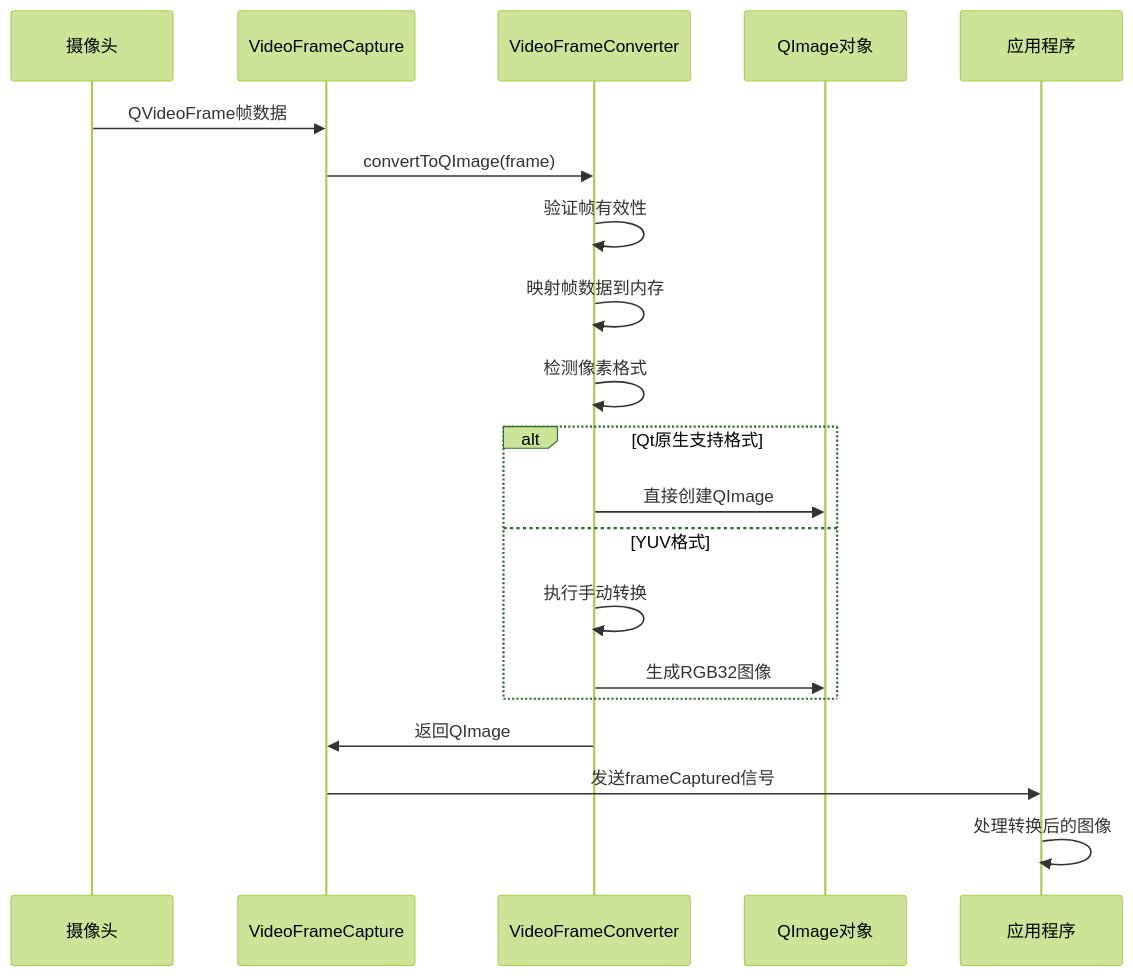
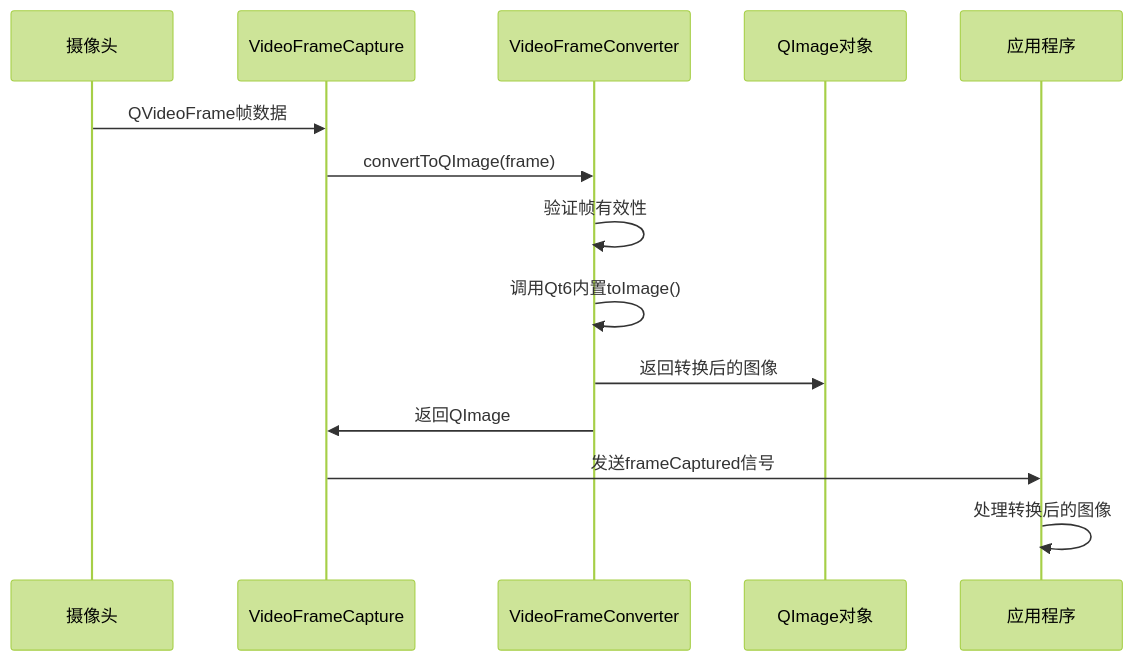
Before and after one commit to HeQiTZD/Triple-terminal-Attendance-Punching-System: the second of 8 diagrams in .qoder/repowiki/zh/content/核心模块/摄像头采集模块/帧格式转换.md, drawn with Mermaid (forest theme). The commit also changed other lines of this file and 127 other files, not shown here.

````diff
--- a/.qoder/repowiki/zh/content/核心模块/摄像头采集模块/帧格式转换.md
+++ b/.qoder/repowiki/zh/content/核心模块/摄像头采集模块/帧格式转换.md
@@ -97,22 +109,16 @@
 ```mermaid
 sequenceDiagram
 participant Camera as 摄像头
 participant Capture as VideoFrameCapture
 participant Converter as VideoFrameConverter
 participant QImage as QImage对象
 participant App as 应用程序
 Camera->>Capture : QVideoFrame帧数据
 Capture->>Converter : convertToQImage(frame)
 Converter->>Converter : 验证帧有效性
-Converter->>Converter : 映射帧数据到内存
-Converter->>Converter : 检测像素格式
-alt Qt原生支持格式
-Converter->>QImage : 直接创建QImage
-else YUV格式
-Converter->>Converter : 执行手动转换
-Converter->>QImage : 生成RGB32图像
-end
+Converter->>Converter : 调用Qt6内置toImage()
+Converter->>QImage : 返回转换后的图像
 Converter->>Capture : 返回QImage
 Capture->>App : 发送frameCaptured信号
 App->>App : 处理转换后的图像
 ```
````
